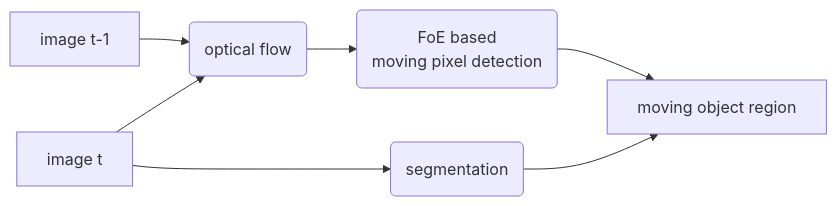
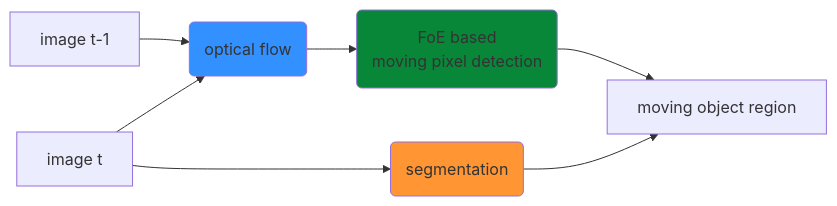
Before and after one commit to MasahiroOgawa/reconstruct4D: the diagram in doc/flowchart_whole.md, drawn with Mermaid. The commit also changed 1 other file, not shown here.

Commit message:
update mermaid color.

````diff
--- a/doc/flowchart_whole.md
+++ b/doc/flowchart_whole.md
@@ -1,9 +1,13 @@
 ```mermaid
 flowchart LR
     imgt-1[image t-1] --> flow(optical flow)
     imgt[image t] --> flow
     flow --> foe(FoE based\n moving pixel detection)
     imgt --> seg(segmentation)
     foe --> mov[moving object region]
     seg --> mov
+
+    style flow fill:#3390FF
+    style foe fill:#098739
+    style seg fill:#FF9633
 ```
````
